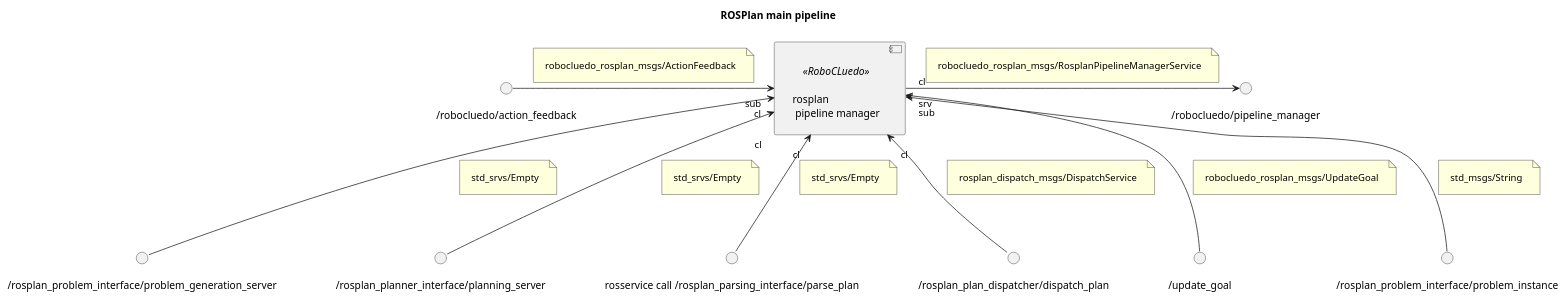
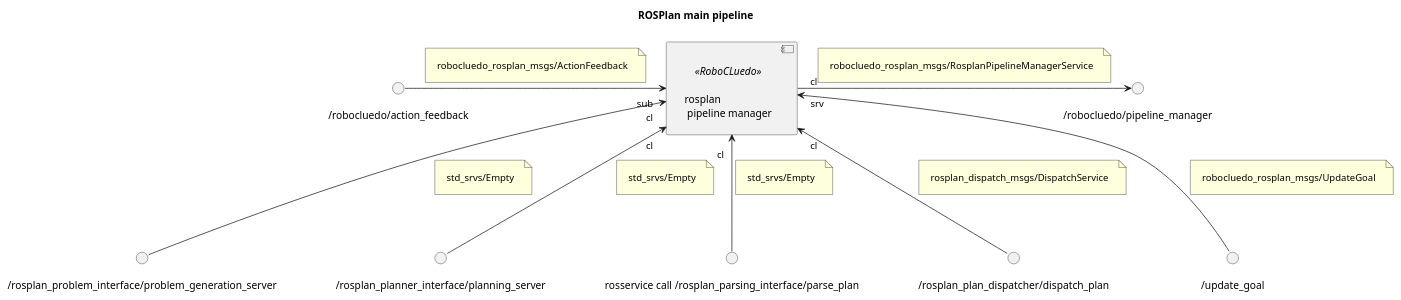
One commit to programmatoroSeduto/ExperimentalRoboticsLab-Assignment-3 changed the fourth of 5 diagrams in robocluedo_rosplan/_uml/rosplan-pipeline.md. Above: the diagram before and after it, drawn with PlantUML. The commit also changed other lines of this file and 486 other files, not shown here.

````diff
--- a/robocluedo_rosplan/_uml/rosplan-pipeline.md
+++ b/robocluedo_rosplan/_uml/rosplan-pipeline.md
@@ -68,50 +91,52 @@
 ```{uml} 
 @startuml
 
 ''' INFOS
 title ROSPlan main pipeline
 skinparam Padding 10
 allow_mixing
 
 
 ''' COMPONENTS
 component "rosplan \n pipeline manager" <<RoboCLuedo>> as RCL_PIPELINE
 
 ''' INTERFACES
 () "/rosplan_problem_interface/problem_generation_server" as SRV_PROBLEM_TRIG
 RCL_PIPELINE "cl" <-- SRV_PROBLEM_TRIG
 note on link : std_srvs/Empty
 
 () "/rosplan_planner_interface/planning_server" as SRV_PLAN_TRIG
 RCL_PIPELINE "cl" <-- SRV_PLAN_TRIG
 note on link : std_srvs/Empty
 
 () "rosservice call /rosplan_parsing_interface/parse_plan" as SRV_PARSE_TRIG
 RCL_PIPELINE "cl" <-- SRV_PARSE_TRIG
 note on link : std_srvs/Empty
 
 () "/rosplan_plan_dispatcher/dispatch_plan" as SRV_DISPATCH_TRIG
 RCL_PIPELINE "cl" <-- SRV_DISPATCH_TRIG
 note on link : rosplan_dispatch_msgs/DispatchService
 
 () "/update_goal" as SRV_UPDATE_GOAL
 RCL_PIPELINE "cl" <-- SRV_UPDATE_GOAL
 note on link : robocluedo_rosplan_msgs/UpdateGoal
 
 () "/robocluedo/action_feedback" as TOPIC_ACT_FEEDBACK
 RCL_PIPELINE "sub" <-left- TOPIC_ACT_FEEDBACK
 note on link : robocluedo_rosplan_msgs/ActionFeedback
 
+/'
 () "/rosplan_problem_interface/problem_instance" as TOPIC_PROBLEM_INSTANCE
 RCL_PIPELINE "sub" <-- TOPIC_PROBLEM_INSTANCE
 note on link : std_msgs/String
+'/
 
 () "/robocluedo/pipeline_manager" as SRV_PIPELINE
 RCL_PIPELINE "srv" -right-> SRV_PIPELINE
 note on link : robocluedo_rosplan_msgs/RosplanPipelineManagerService
 
 ''' CONNECTIONS
 
 
 @enduml
 ```
````
